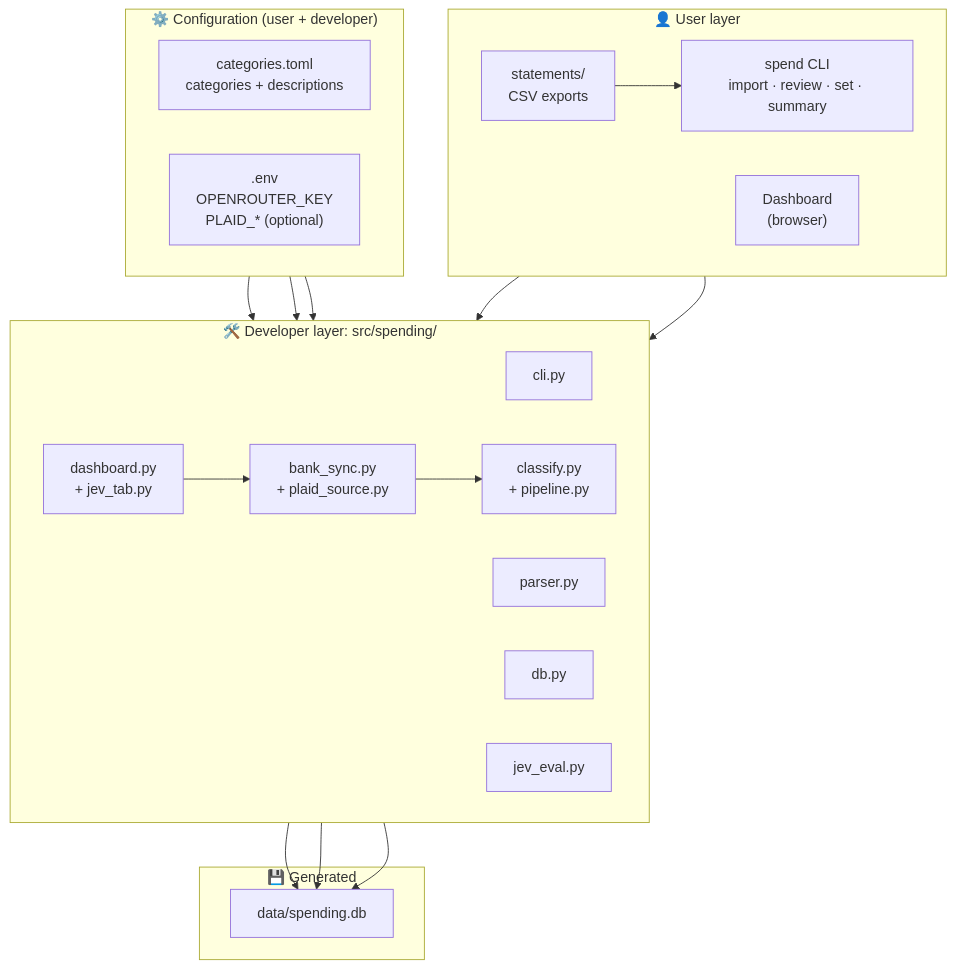
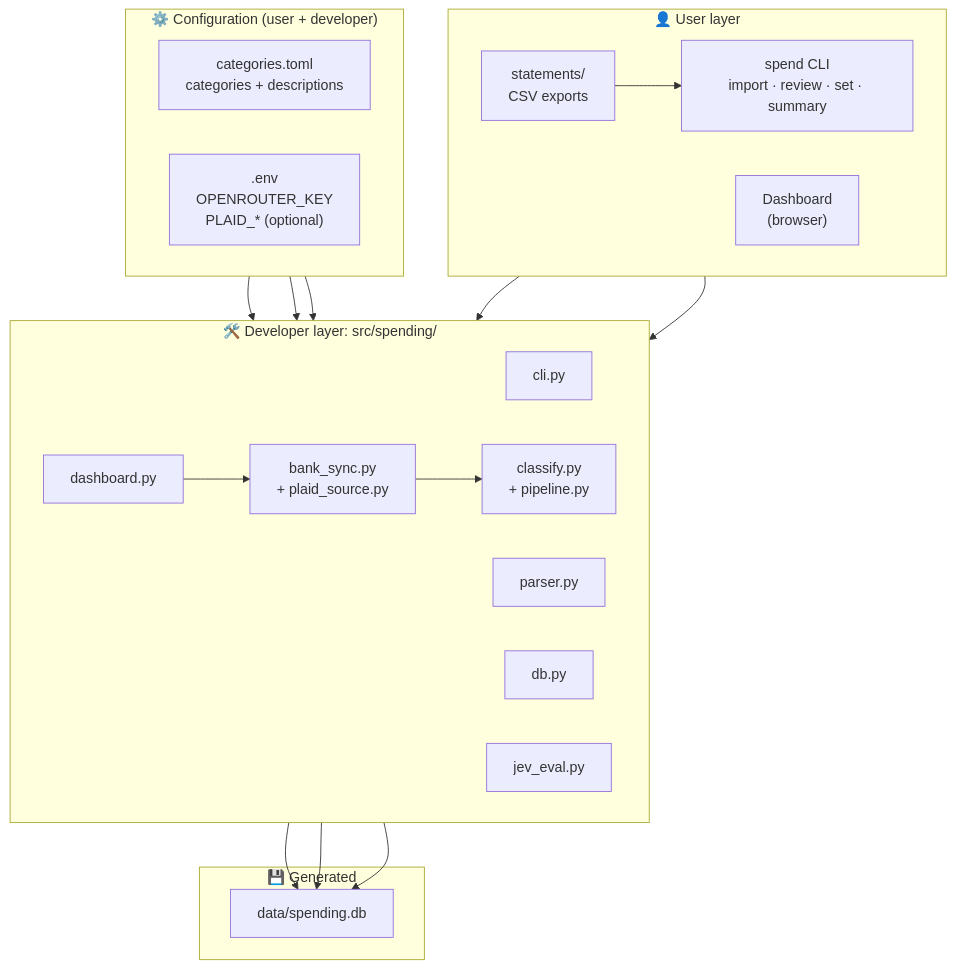
Before and after one commit to alessandrofelici/spending-tracker: the first of 6 diagrams in STRUCTURE.md, drawn with Mermaid. The commit also changed other lines of this file and 3 other files, not shown here.

First line of the commit message:
refactor(dashboard): remove the Categorization tab (#22)

````diff
--- a/STRUCTURE.md
+++ b/STRUCTURE.md
@@ -73,42 +72,42 @@
 ```mermaid
 flowchart TB
     subgraph USER["👤 User layer"]
         direction LR
         U1["statements/<br/>CSV exports"]
         U2["spend CLI<br/>import · review · set · summary"]
         U3["Dashboard<br/>(browser)"]
     end
 
     subgraph SHARED["⚙️ Configuration (user + developer)"]
         direction LR
         C1["categories.toml<br/>categories + descriptions"]
         C2[".env<br/>OPENROUTER_KEY<br/>PLAID_* (optional)"]
     end
 
     subgraph DEV["🛠️ Developer layer: src/spending/"]
         direction LR
         D1["cli.py"]
         D2["parser.py"]
         D3["classify.py<br/>+ pipeline.py"]
         D4["db.py"]
-        D5["dashboard.py<br/>+ jev_tab.py"]
+        D5["dashboard.py"]
         D6["jev_eval.py"]
         D7["bank_sync.py<br/>+ plaid_source.py"]
     end
 
     subgraph STORE["💾 Generated"]
         S1["data/spending.db"]
     end
 
     U1 --> U2
     U2 --> D1
     U3 --> D5
     D5 --> D7
     C1 --> D3
     C2 --> D3
     C2 --> D7
     D7 --> D3
     D4 --> S1
     D5 --> S1
     D6 --> S1
 ```
````
